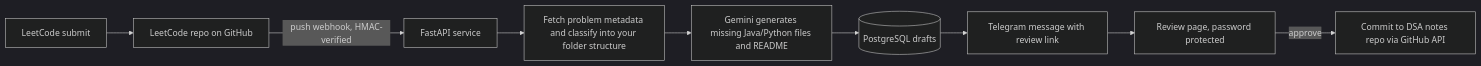
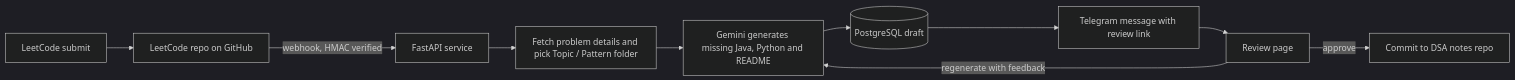
The diagram in DSA-Automation/README.md (udayasri-2076/GEN-AI-Projects), drawn with Mermaid (dark theme) before and after one commit. The commit also changed other lines of this file, not shown here.

First line of the commit message:
Revise README for DSA Autopilot with enhancements

````diff
--- a/DSA-Automation/README.md
+++ b/DSA-Automation/README.md
@@ -7,11 +32,12 @@
 ```mermaid
 flowchart LR
     A[LeetCode submit] --> B[LeetCode repo on GitHub]
-    B -- push webhook, HMAC-verified --> C[FastAPI service]
-    C --> D[Fetch problem metadata and classify into your folder structure]
-    D --> E[Gemini generates missing Java/Python files and README]
-    E --> F[(PostgreSQL drafts)]
+    B -- webhook, HMAC verified --> C[FastAPI service]
+    C --> D[Fetch problem details and pick Topic / Pattern folder]
+    D --> E[Gemini generates missing Java, Python and README]
+    E --> F[(PostgreSQL draft)]
     F --> G[Telegram message with review link]
-    G --> H[Review page, password protected]
-    H -- approve --> I[Commit to DSA notes repo via GitHub API]
+    G --> H[Review page]
+    H -- regenerate with feedback --> E
+    H -- approve --> I[Commit to DSA notes repo]
 ```
````
